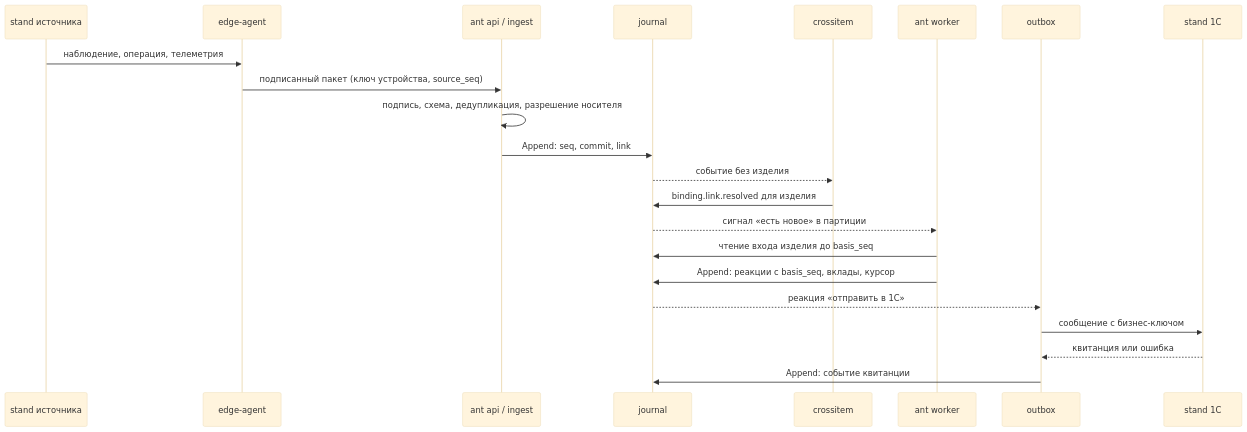
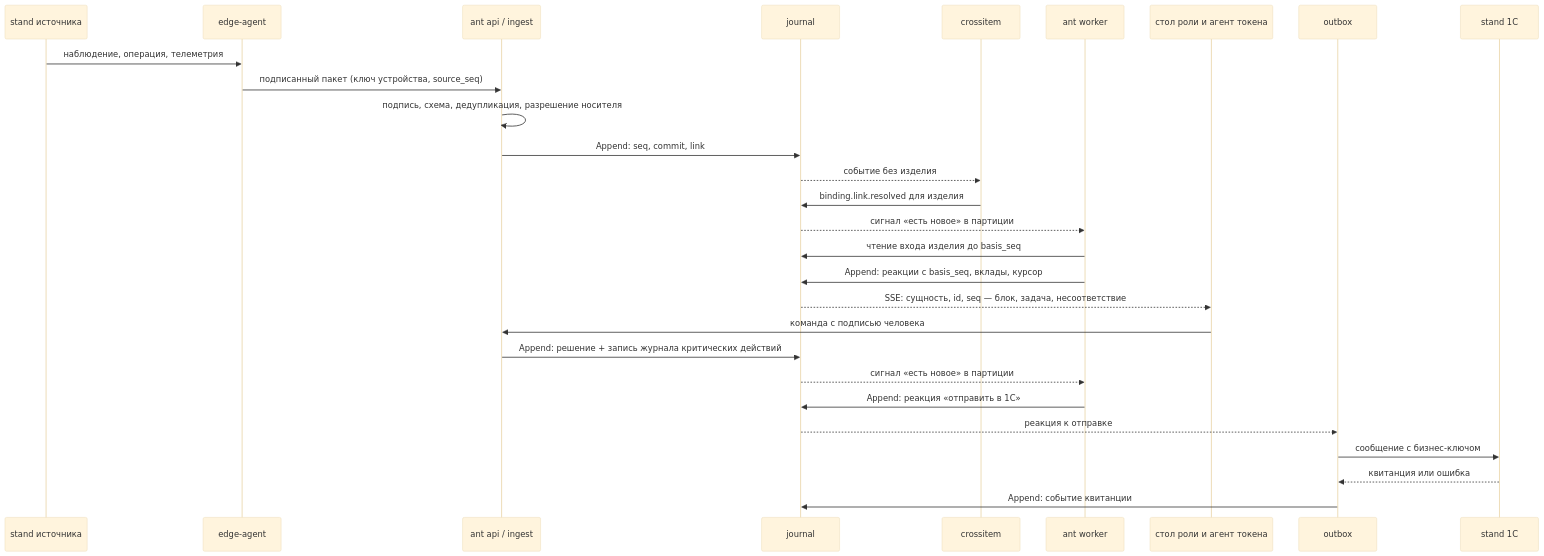
The fourth of 5 diagrams in docs/architecture.md (lehard/cosmos_hack), drawn with Mermaid (base theme) before and after one commit. The commit also changed other lines of this file, not shown here.

````diff
--- a/docs/architecture.md
+++ b/docs/architecture.md
@@ -264,24 +232,30 @@
 ```mermaid
 sequenceDiagram
   participant S as stand источника
   participant E as edge-agent
   participant I as ant api / ingest
   participant J as journal
   participant X as crossitem
   participant W as ant worker
+  participant H as стол роли и агент токена
   participant O as outbox
   participant C as stand 1С
   S->>E: наблюдение, операция, телеметрия
   E->>I: подписанный пакет (ключ устройства, source_seq)
   I->>I: подпись, схема, дедупликация, разрешение носителя
   I->>J: Append: seq, commit, link
   J-->>X: событие без изделия
   X->>J: binding.link.resolved для изделия
   J-->>W: сигнал «есть новое» в партиции
   W->>J: чтение входа изделия до basis_seq
   W->>J: Append: реакции с basis_seq, вклады, курсор
-  J-->>O: реакция «отправить в 1С»
+  J-->>H: SSE: сущность, id, seq — блок, задача, несоответствие
+  H->>I: команда с подписью человека
+  I->>J: Append: решение + запись журнала критических действий
+  J-->>W: сигнал «есть новое» в партиции
+  W->>J: Append: реакция «отправить в 1С»
+  J-->>O: реакция к отправке
   O->>C: сообщение с бизнес-ключом
   C-->>O: квитанция или ошибка
   O->>J: Append: событие квитанции
 ```
````
